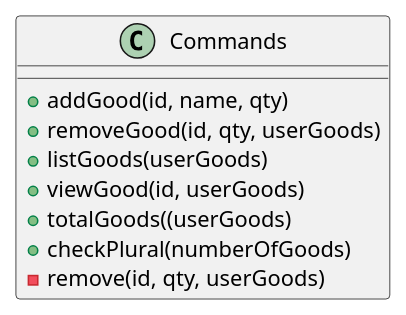
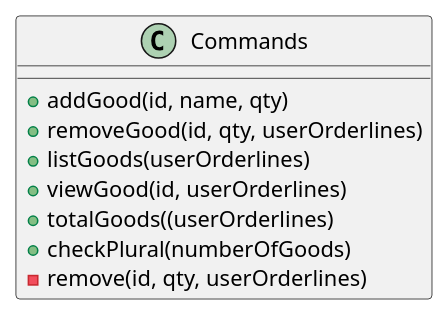
One commit to nus-cs2113-AY2122S2/tp changed the diagram in docs/diagrams/CommandsClass.puml. Above: the diagram before and after it, drawn with PlantUML. The commit also changed 22 other files, not shown here.

```diff
--- a/docs/diagrams/CommandsClass.puml
+++ b/docs/diagrams/CommandsClass.puml
@@ -1,15 +1,15 @@
 @startuml
 'https://plantuml.com/sequence-diagram
 
 
 class Commands {
     + addGood(id, name, qty)
-    + removeGood(id, qty, userGoods)
-    + listGoods(userGoods)
-    + viewGood(id, userGoods)
-    + totalGoods((userGoods)
+    + removeGood(id, qty, userOrderlines)
+    + listGoods(userOrderlines)
+    + viewGood(id, userOrderlines)
+    + totalGoods((userOrderlines)
     + checkPlural(numberOfGoods)
-    - remove(id, qty, userGoods)
+    - remove(id, qty, userOrderlines)
 }
 
 @enduml
```
